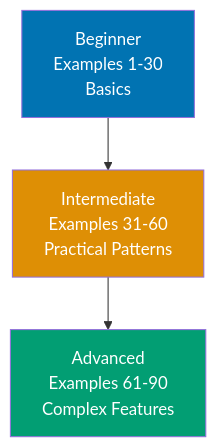
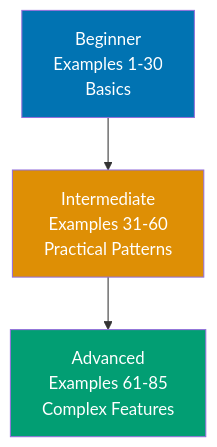
Before and after one commit to wahidyankf/open-sharia-enterprise: the diagram in apps/ayokoding-web/content/en/learn/software-engineering/programming-languages/elixir/by-example/overview.md, drawn with Mermaid. The commit also changed other lines of this file and 157 other files, not shown here.

````diff
--- a/apps/ayokoding-web/content/en/learn/software-engineering/programming-languages/elixir/by-example/overview.md
+++ b/apps/ayokoding-web/content/en/learn/software-engineering/programming-languages/elixir/by-example/overview.md
@@ -27,10 +27,10 @@
 ```mermaid
 %% Color Palette: Blue #0173B2, Orange #DE8F05, Teal #029E73, Purple #CC78BC, Brown #CA9161
 graph TD
     A["Beginner<br/>Examples 1-30<br/>Basics"] --> B["Intermediate<br/>Examples 31-60<br/>Practical Patterns"]
-    B --> C["Advanced<br/>Examples 61-90<br/>Complex Features"]
+    B --> C["Advanced<br/>Examples 61-85<br/>Complex Features"]
 
     style A fill:#0173B2,color:#fff
     style B fill:#DE8F05,color:#fff
     style C fill:#029E73,color:#fff
 ```
````
